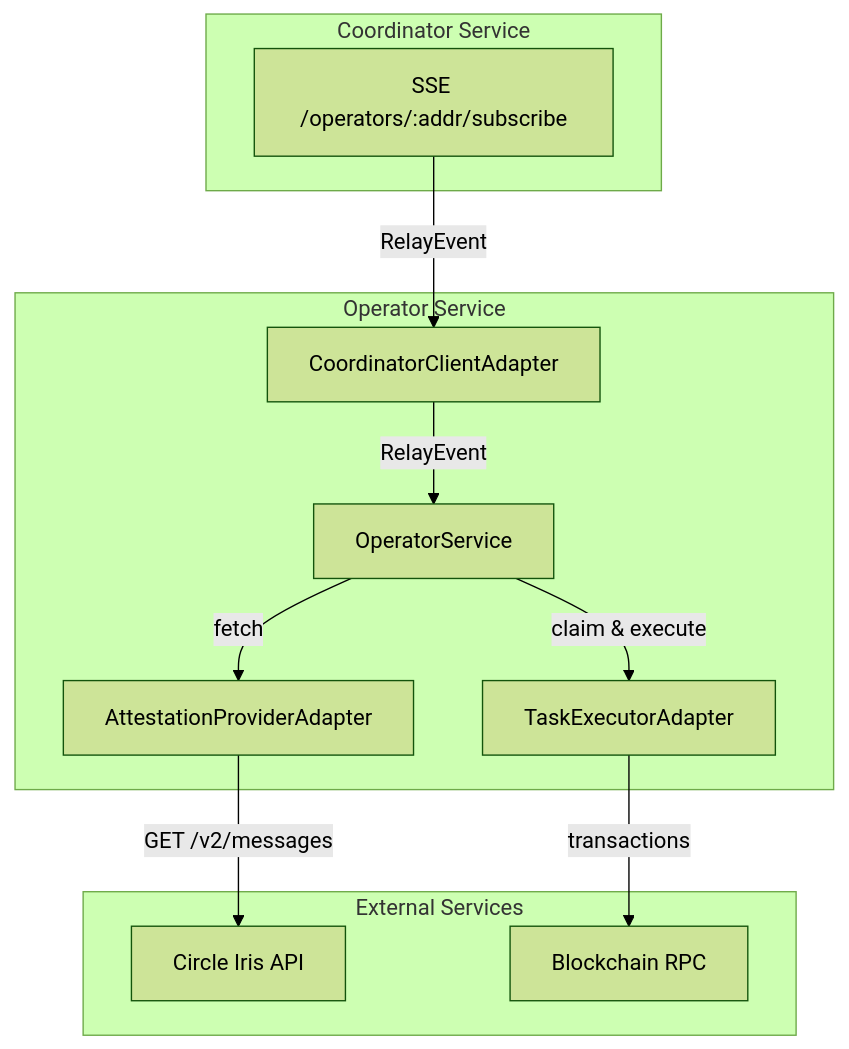
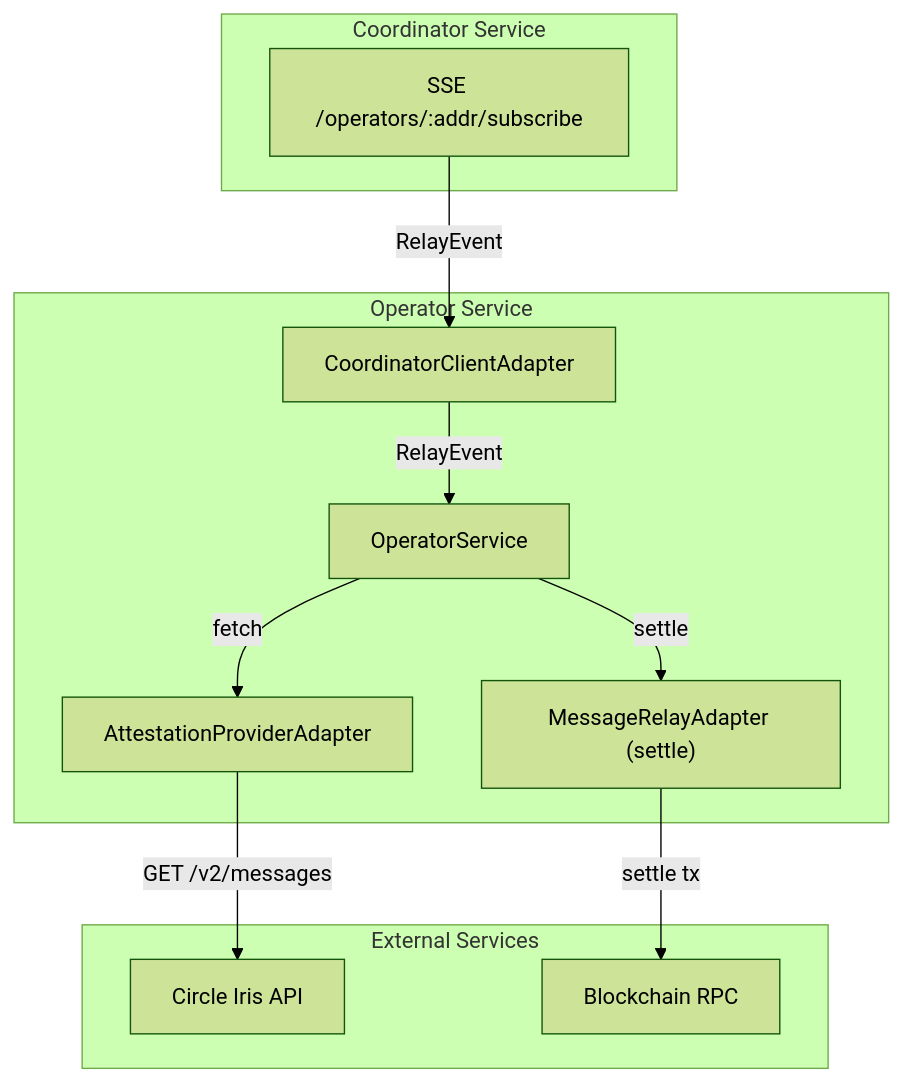
Before and after one commit to ReineiraOS/protocol: the first of 3 diagrams in packages/offchain/packages/operator/README.md, drawn with Mermaid (forest theme). The commit also changed other lines of this file and 44 other files, not shown here.

````diff
--- a/packages/offchain/packages/operator/README.md
+++ b/packages/offchain/packages/operator/README.md
@@ -68,26 +69,26 @@
 ```mermaid
 flowchart TB
     subgraph Coordinator["Coordinator Service"]
         SSE["SSE /operators/:addr/subscribe"]
     end
 
     subgraph Operator["Operator Service"]
         CC["CoordinatorClientAdapter"]
         AS["AttestationProviderAdapter"]
-        TE["TaskExecutorAdapter"]
+        MR["MessageRelayAdapter (settle)"]
         OS["OperatorService"]
 
         CC -->|RelayEvent| OS
         OS -->|fetch| AS
-        OS -->|claim & execute| TE
+        OS -->|settle| MR
     end
 
     subgraph External["External Services"]
         IRIS["Circle Iris API"]
         BC["Blockchain RPC"]
     end
 
     SSE -->|RelayEvent| CC
     AS -->|GET /v2/messages| IRIS
-    TE -->|transactions| BC
+    MR -->|settle tx| BC
 ```
````
